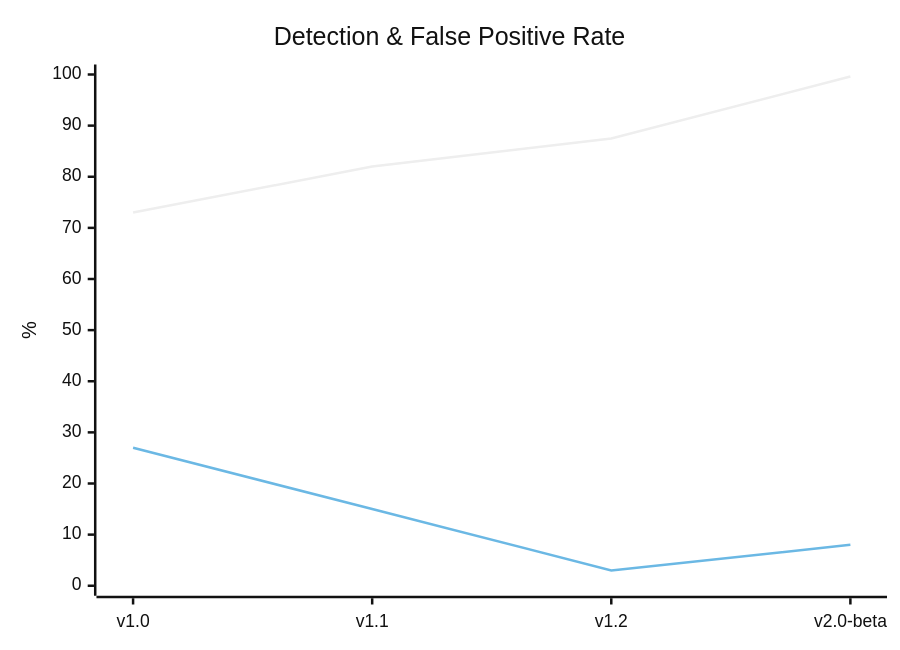
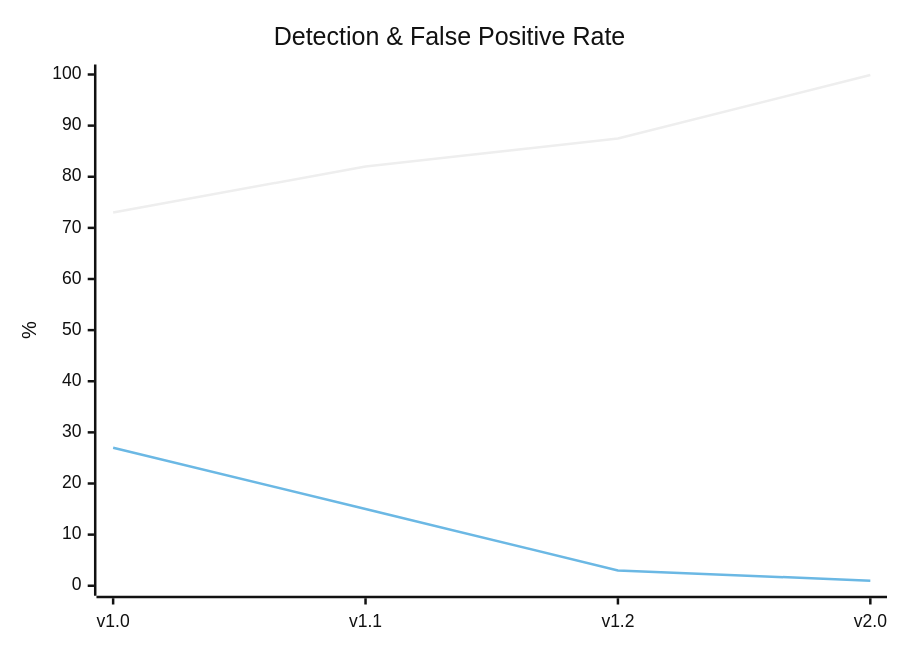
The diagram in README.md (elementmerc/anya), drawn with Mermaid (neutral theme) before and after one commit. The commit also changed other lines of this file and 11 other files, not shown here.

````diff
--- a/README.md
+++ b/README.md
@@ -209,8 +122,8 @@
 ```mermaid
 xychart-beta
     title "Detection & False Positive Rate"
-    x-axis ["v1.0", "v1.1", "v1.2", "v2.0-beta"]
+    x-axis ["v1.0", "v1.1", "v1.2", "v2.0"]
     y-axis "%" 0 --> 100
-    line "Detection" [73.0, 82.0, 87.5, 99.6]
-    line "FP rate (x10)" [27.0, 15.0, 3.0, 8.0]
+    line "Detection" [73.0, 82.0, 87.5, 99.9]
+    line "FP rate (x10)" [27.0, 15.0, 3.0, 1.0]
 ```
````
